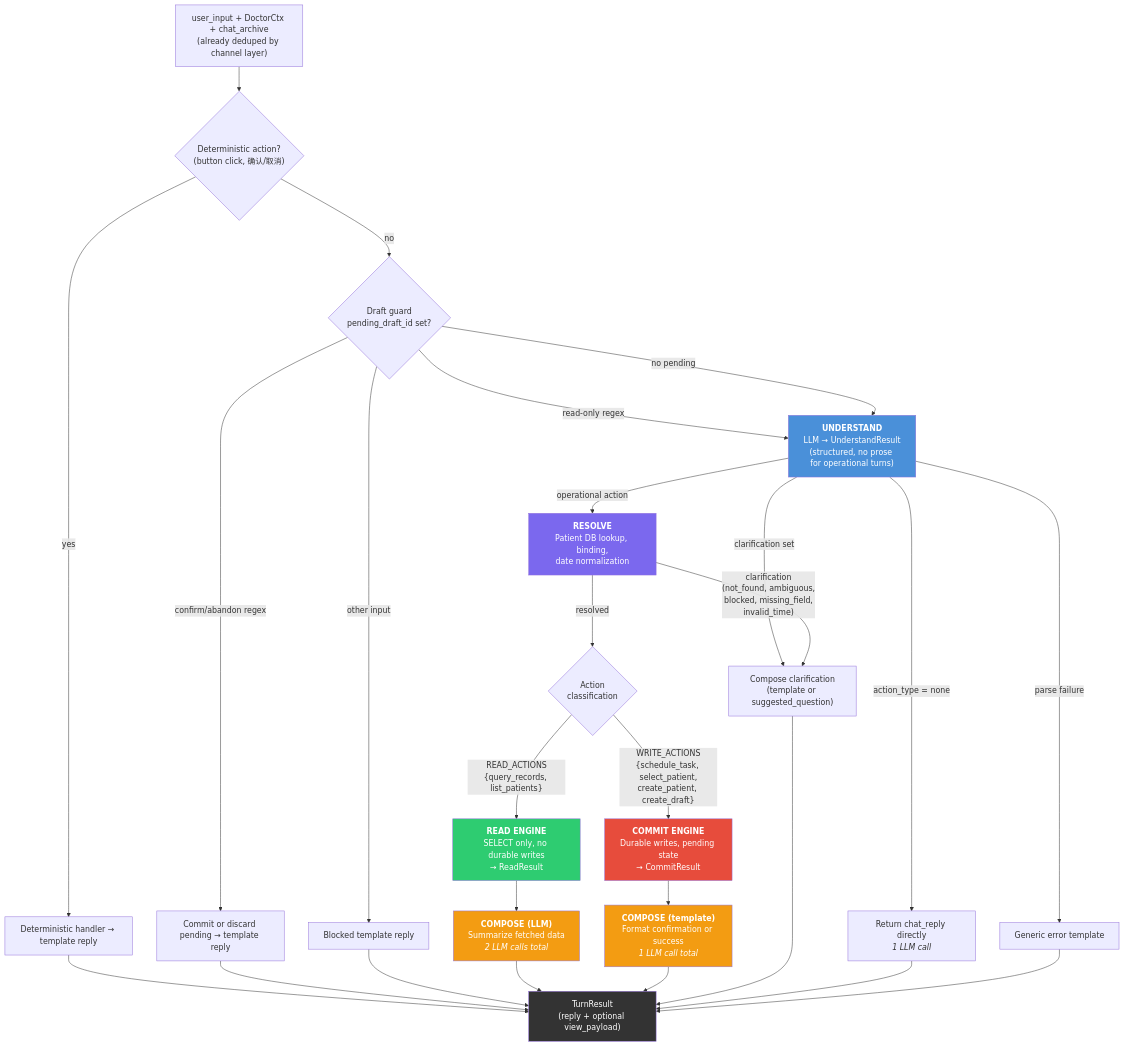
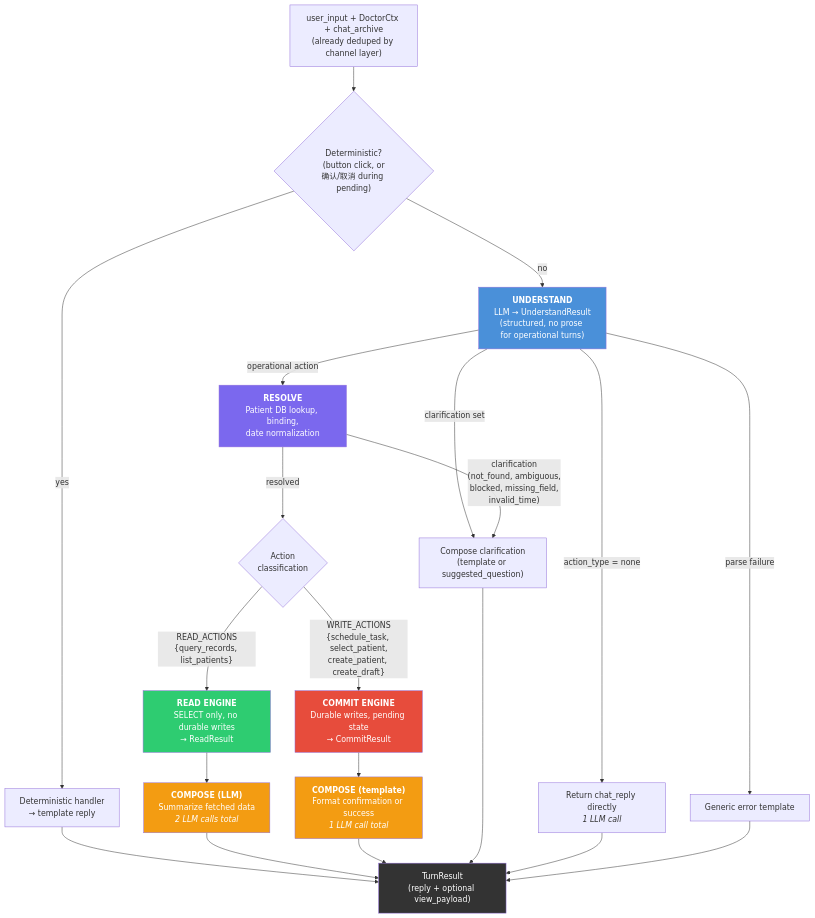
The first of 7 diagrams in docs/adr/0012-architecture-diagram.md (moments8890/doctor-ai-agent), drawn with Mermaid before and after one commit. The commit also changed other lines of this file and 2 other files, not shown here.

Commit message:
docs: drop draft guard as architectural layer, fold into deterministic handler
The draft guard's read-only regex is a heuristic that can never be complete,
and "other → blocked" incorrectly blocks legitimate chitchat during a
pending draft. Replace with:

- Deterministic handler: intercepts typed UI actions + 确认/取消 during
  pending draft (same as before, just not a separate layer)
- Execute.resolve: owns ALL blocking logic (writes during draft, cross-
  patient reads during draft)
- Everything else flows through Understand normally

Trade-off: one LLM call for write-during-draft before resolve blocks it.
Acceptable for MVP; add guard back as perf optimization with usage data.

````diff
--- a/docs/adr/0012-architecture-diagram.md
+++ b/docs/adr/0012-architecture-diagram.md
@@ -8,59 +8,52 @@
 ```mermaid
 flowchart TD
     input["user_input + DoctorCtx + chat_archive<br/>(already deduped by channel layer)"]
 
-    %% Pre-pipeline guards
-    input --> det{"Deterministic action?<br/>(button click, 确认/取消)"}
-    det -->|yes| det_handler["Deterministic handler → template reply"]
-    det -->|no| pending{"Draft guard<br/>pending_draft_id set?"}
-
-    pending -->|"confirm/abandon regex"| commit_or_discard["Commit or discard pending → template reply"]
-    pending -->|"read-only regex"| understand
-    pending -->|"other input"| blocked_reply["Blocked template reply"]
-    pending -->|"no pending"| understand
+    %% Pre-pipeline deterministic handler
+    input --> det{"Deterministic?<br/>(button click, or<br/>确认/取消 during pending)"}
+    det -->|yes| det_handler["Deterministic handler<br/>→ template reply"]
+    det -->|no| understand
 
     %% Understand phase
     understand["<b>UNDERSTAND</b><br/>LLM → UnderstandResult<br/>(structured, no prose for operational turns)"]
 
     understand -->|"action_type = none"| direct_reply["Return chat_reply directly<br/><i>1 LLM call</i>"]
     understand -->|"clarification set"| clarify_compose["Compose clarification<br/>(template or suggested_question)"]
     understand -->|"parse failure"| error_template["Generic error template"]
     understand -->|"operational action"| resolve
 
     %% Execute phase - Resolve
     resolve["<b>RESOLVE</b><br/>Patient DB lookup, binding,<br/>date normalization"]
 
     resolve -->|"clarification<br/>(not_found, ambiguous,<br/>blocked, missing_field,<br/>invalid_time)"| clarify_compose
     resolve -->|"resolved"| dispatch{"Action<br/>classification"}
 
     dispatch -->|"READ_ACTIONS<br/>{query_records, list_patients}"| read_engine
     dispatch -->|"WRITE_ACTIONS<br/>{schedule_task, select_patient,<br/>create_patient, create_draft}"| commit_engine
 
     %% Read engine
     read_engine["<b>READ ENGINE</b><br/>SELECT only, no durable writes<br/>→ ReadResult"]
 
     %% Commit engine
     commit_engine["<b>COMMIT ENGINE</b><br/>Durable writes, pending state<br/>→ CommitResult"]
 
     %% Compose phase
     read_engine --> compose_llm["<b>COMPOSE (LLM)</b><br/>Summarize fetched data<br/><i>2 LLM calls total</i>"]
     commit_engine --> compose_template["<b>COMPOSE (template)</b><br/>Format confirmation or success<br/><i>1 LLM call total</i>"]
 
     det_handler --> turn_result["TurnResult<br/>(reply + optional view_payload)"]
-    commit_or_discard --> turn_result
-    blocked_reply --> turn_result
     compose_llm --> turn_result
     compose_template --> turn_result
     clarify_compose --> turn_result
     direct_reply --> turn_result
     error_template --> turn_result
 
     %% Styling
     style understand fill:#4a90d9,color:#fff
     style resolve fill:#7b68ee,color:#fff
     style read_engine fill:#2ecc71,color:#fff
     style commit_engine fill:#e74c3c,color:#fff
     style compose_llm fill:#f39c12,color:#fff
     style compose_template fill:#f39c12,color:#fff
     style turn_result fill:#333,color:#fff
 ```
````
